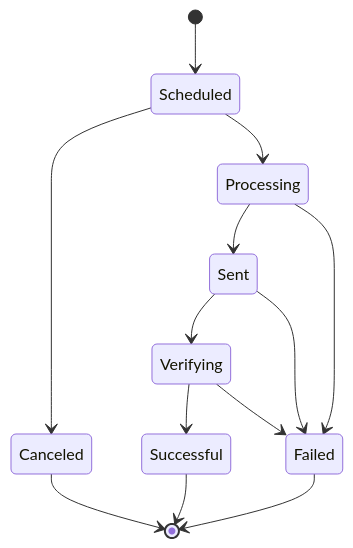
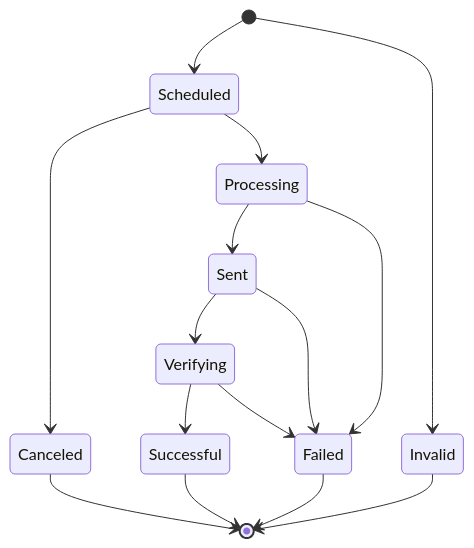
Before and after one commit to Nejat/stately: the first of 3 diagrams in design/states.md, drawn with Mermaid. The commit also changed other lines of this file and 8 other files, not shown here.

````diff
--- a/design/states.md
+++ b/design/states.md
@@ -1,17 +1,17 @@
 ```mermaid
 stateDiagram-v2
     [*] --> Scheduled
     Scheduled --> Canceled
     Scheduled --> Processing
     Processing --> Sent
     Processing --> Failed
     Sent --> Verifying
     Verifying --> Successful
     Verifying --> Failed
     Successful --> [*]
     Sent --> Failed
     Failed --> [*]
     Canceled --> [*]
-    %%    [*] --> Invalid
-%%    Invalid --> [*]
+    [*] --> Invalid
+    Invalid --> [*]
 ```
````
